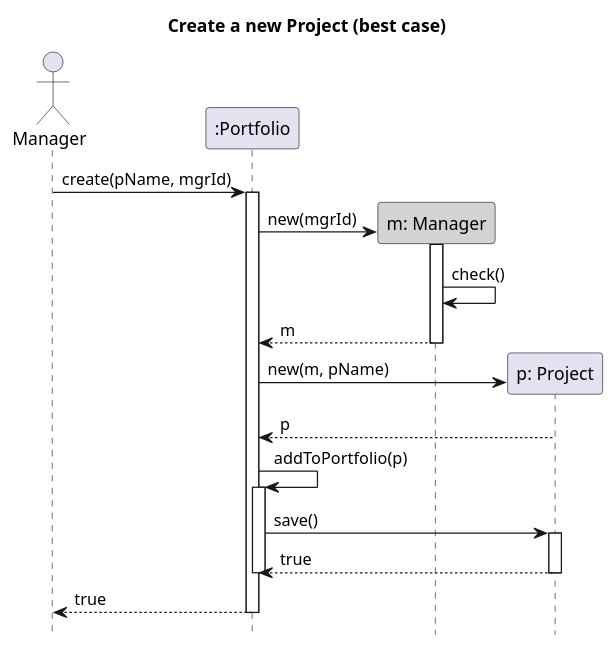
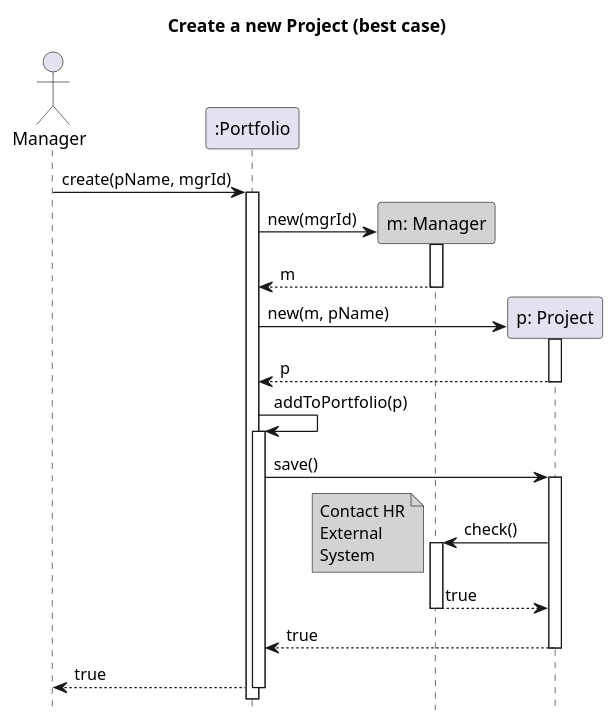
Before and after one commit to mosser/ood-dojo: the diagram in src/04_1_seq_create_project.puml, drawn with PlantUML. The commit also changed 12 other files, not shown here.

```diff
--- a/src/04_1_seq_create_project.puml
+++ b/src/04_1_seq_create_project.puml
@@ -1,34 +1,41 @@
 @startuml
 
 hide footbox
 title Create a new Project (best case)
 
 
 actor Manager as M
 participant ":Portfolio" as P
 
 M -> P: create(pName, mgrId)
 activate P
 
 create "m: Manager" as Mgr #D3D3D3
 P -> Mgr: new(mgrId)
 activate Mgr
-Mgr -> Mgr: check()
 Mgr --> P: m
 deactivate Mgr
 
 create "p: Project" as Proj
 P -> Proj: new(m, pName)
+activate Proj
 Proj --> P: p
-
+deactivate Proj
 P -> P: addToPortfolio(p)
 activate P
 P -> Proj: save()
 activate Proj
+Proj -> Mgr: check()
+note left #D3D3D3
+  Contact HR
+  External 
+  System
+end note
+activate Mgr
+Mgr --> Proj: true
+deactivate Mgr
 Proj --> P: true
 deactivate Proj
-deactivate P
 P --> M: true
 deactivate P
-
 @enduml
```
